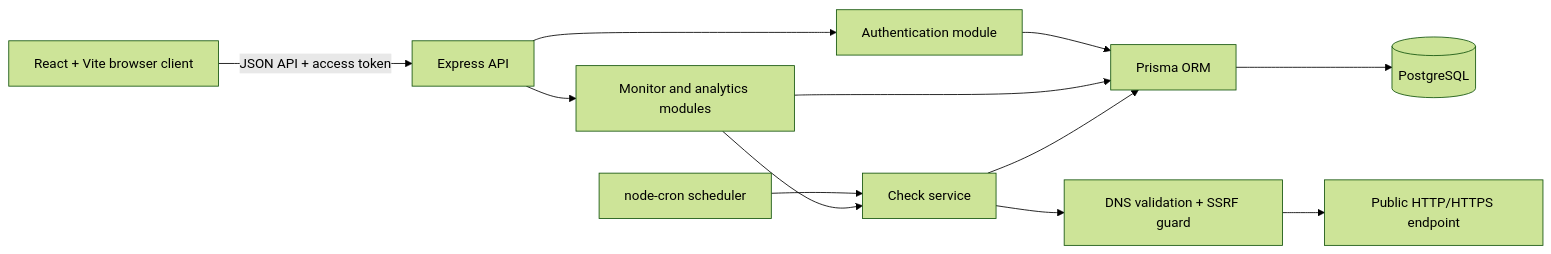
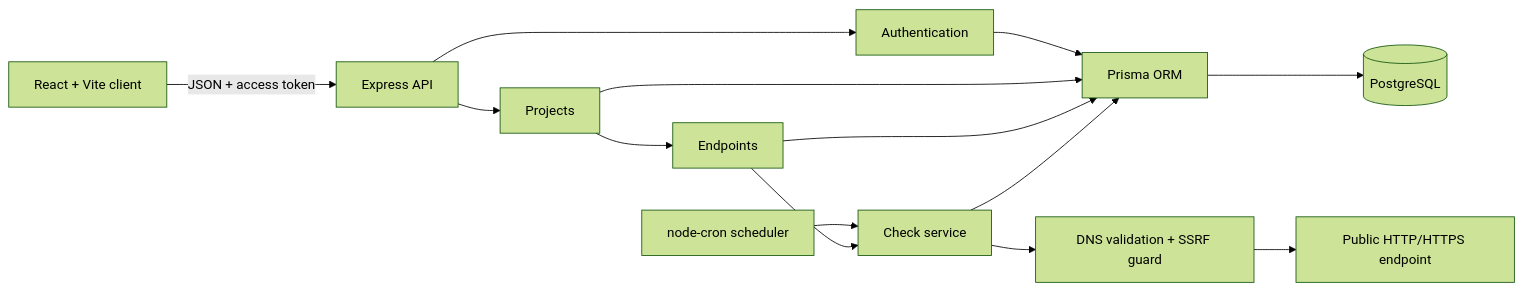
Before and after one commit to swayamshah01/PulseApi: the diagram in README.md, drawn with Mermaid (forest theme). The commit also changed other lines of this file and 3 other files, not shown here.

````diff
--- a/README.md
+++ b/README.md
@@ -71,14 +58,16 @@
 ```mermaid
 flowchart LR
-    Browser["React + Vite browser client"] -->|"JSON API + access token"| Express["Express API"]
-    Express --> Auth["Authentication module"]
-    Express --> Monitors["Monitor and analytics modules"]
+    Browser["React + Vite client"] -->|"JSON + access token"| Express["Express API"]
+    Express --> Auth["Authentication"]
+    Express --> Projects["Projects"]
+    Projects --> Endpoints["Endpoints"]
     Scheduler["node-cron scheduler"] --> Checks["Check service"]
-    Monitors --> Checks
+    Endpoints --> Checks
     Checks --> Guard["DNS validation + SSRF guard"]
     Guard --> Target["Public HTTP/HTTPS endpoint"]
     Auth --> Prisma["Prisma ORM"]
-    Monitors --> Prisma
+    Projects --> Prisma
+    Endpoints --> Prisma
     Checks --> Prisma
     Prisma --> PostgreSQL[(PostgreSQL)]
 ```
````
